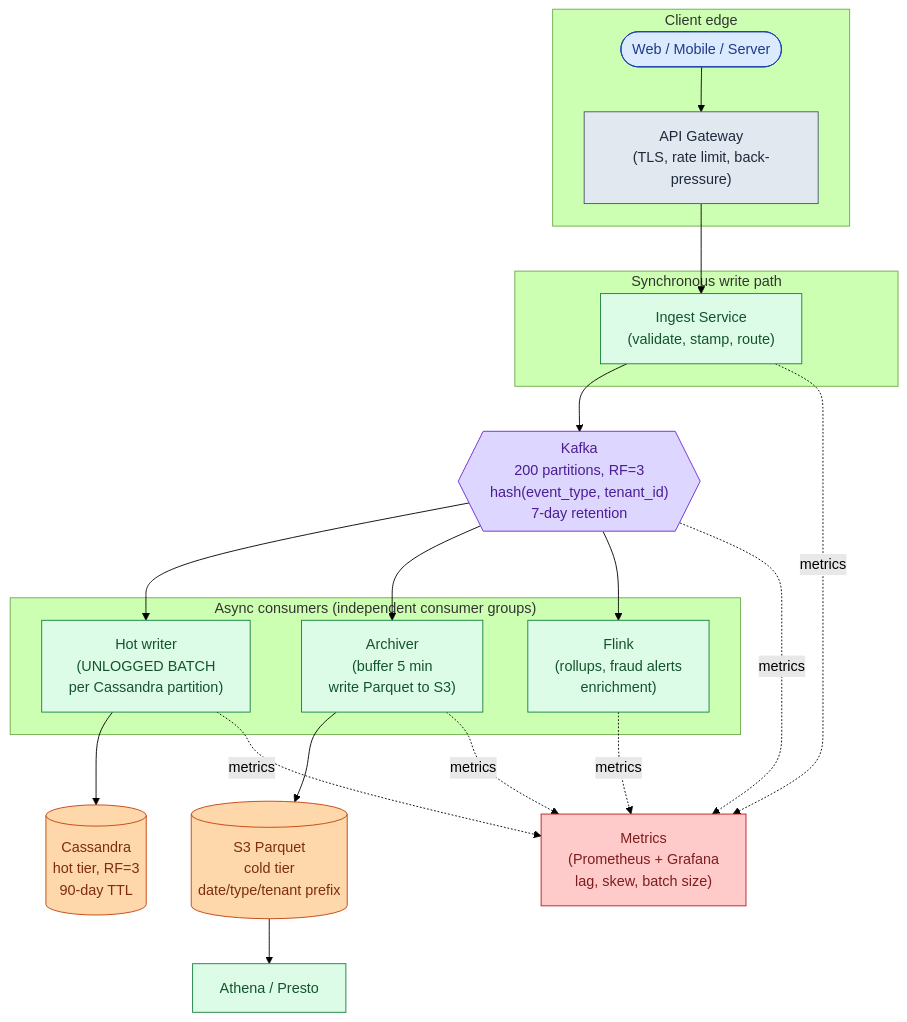
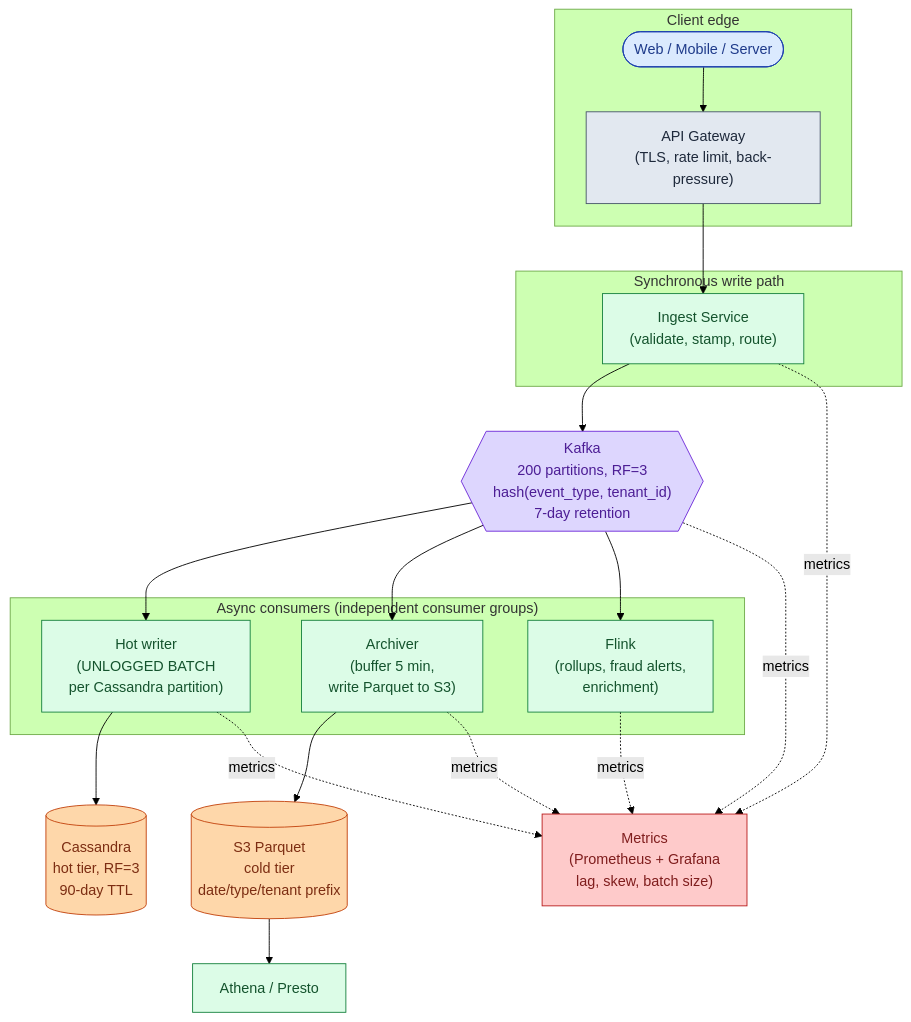
The tenth of 12 diagrams in problems/018-write-heavy-patterns/question.md (shiningflash/system-design), drawn with Mermaid (forest theme) before and after one commit. The commit also changed other lines of this file and 37 other files, not shown here.

````diff
--- a/problems/018-write-heavy-patterns/question.md
+++ b/problems/018-write-heavy-patterns/question.md
@@ -370,37 +322,37 @@
 ```mermaid
 flowchart TB
     subgraph Edge["Client edge"]
         P([Web / Mobile / Server]):::user
         GW["API Gateway<br/>(TLS, rate limit, back-pressure)"]:::edge
     end
 
     subgraph WritePath["Synchronous write path"]
         IS["Ingest Service<br/>(validate, stamp, route)"]:::app
     end
 
     K{{"Kafka<br/>200 partitions, RF=3<br/>hash(event_type, tenant_id)<br/>7-day retention"}}:::queue
 
     subgraph Consumers["Async consumers (independent consumer groups)"]
         HW["Hot writer<br/>(UNLOGGED BATCH<br/>per Cassandra partition)"]:::app
-        AR["Archiver<br/>(buffer 5 min<br/>write Parquet to S3)"]:::app
-        FL["Flink<br/>(rollups, fraud alerts<br/>enrichment)"]:::app
+        AR["Archiver<br/>(buffer 5 min,<br/>write Parquet to S3)"]:::app
+        FL["Flink<br/>(rollups, fraud alerts,<br/>enrichment)"]:::app
     end
 
     CS[("Cassandra<br/>hot tier, RF=3<br/>90-day TTL")]:::db
     S3[("S3 Parquet<br/>cold tier<br/>date/type/tenant prefix")]:::db
     AT["Athena / Presto"]:::app
     OB["Metrics<br/>(Prometheus + Grafana<br/>lag, skew, batch size)"]:::cache
 
     P --> GW --> IS --> K
     K --> HW --> CS
     K --> AR --> S3 --> AT
     K --> FL
     IS & K & HW & AR & FL -.metrics.-> OB
 
     classDef user  fill:#dbeafe,stroke:#1e40af,color:#1e3a8a
     classDef edge  fill:#e2e8f0,stroke:#475569,color:#1e293b
     classDef app   fill:#dcfce7,stroke:#15803d,color:#14532d
     classDef db    fill:#fed7aa,stroke:#c2410c,color:#7c2d12
     classDef cache fill:#fecaca,stroke:#b91c1c,color:#7f1d1d
     classDef queue fill:#ddd6fe,stroke:#6d28d9,color:#4c1d95
 ```
````
